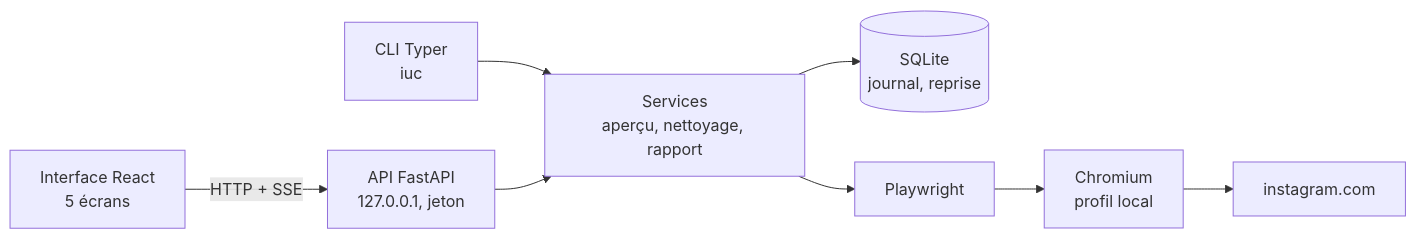
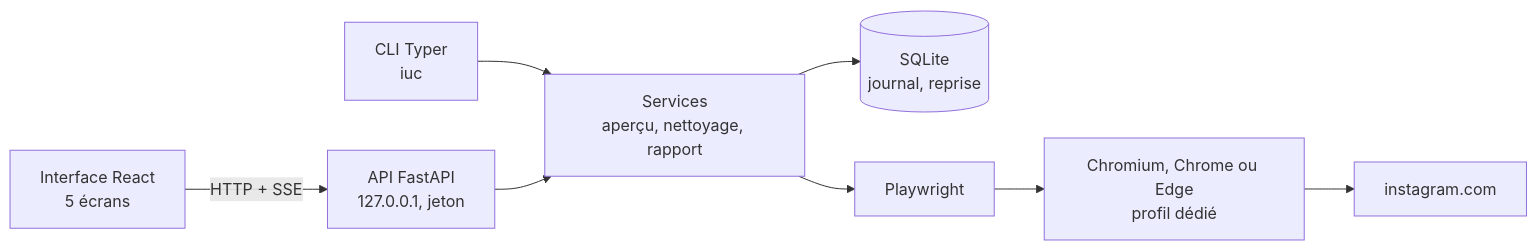
One commit to GomuGomuNo01/Instagram-Unlike-Cleaner changed the second of 2 diagrams in README.md. Above: the diagram before and after it, drawn with Mermaid. The commit also changed other lines of this file and 3 other files, not shown here.

````diff
--- a/README.md
+++ b/README.md
@@ -140,10 +217,10 @@
 ```mermaid
 flowchart LR
     UI[Interface React<br/>5 écrans] -- HTTP + SSE --> API[API FastAPI<br/>127.0.0.1, jeton]
     CLI[CLI Typer<br/>iuc] --> SVC
     API --> SVC[Services<br/>aperçu, nettoyage, rapport]
     SVC --> DB[(SQLite<br/>journal, reprise)]
     SVC --> PW[Playwright]
-    PW --> CR[Chromium<br/>profil local]
+    PW --> CR[Chromium, Chrome ou Edge<br/>profil dédié]
     CR --> IG[instagram.com]
 ```
````
